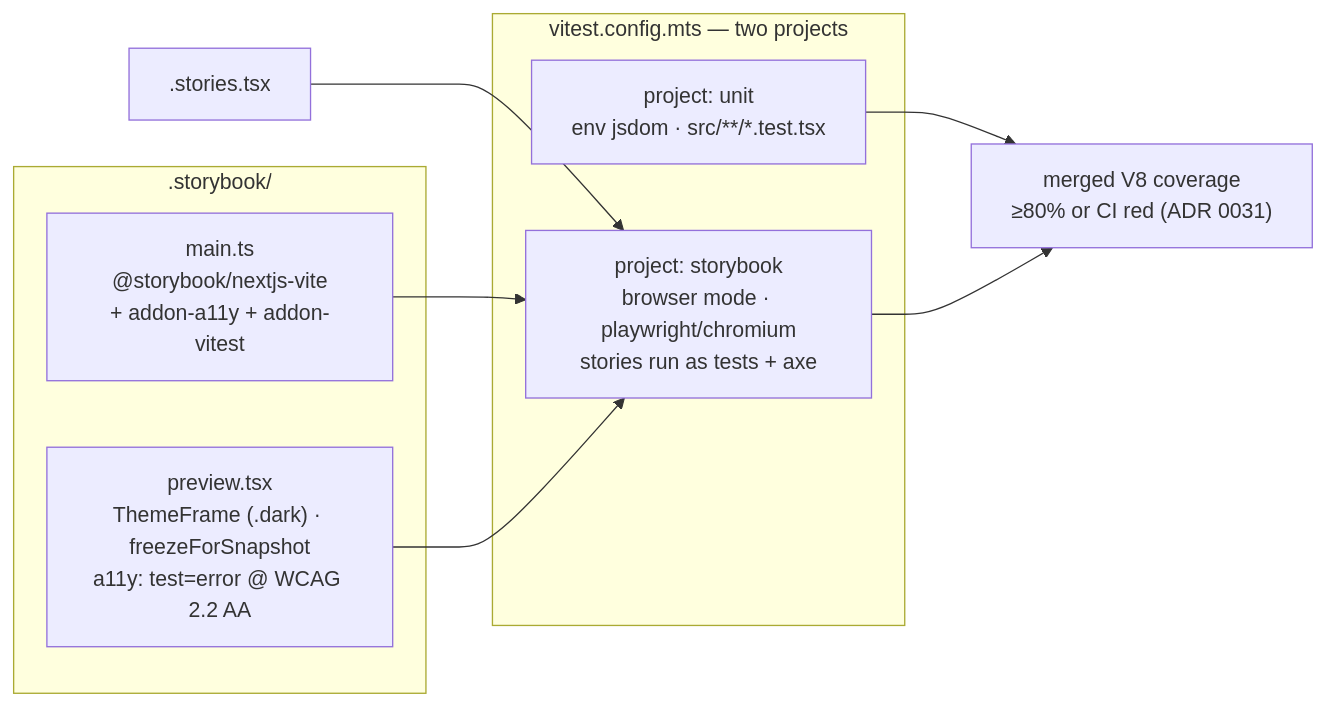
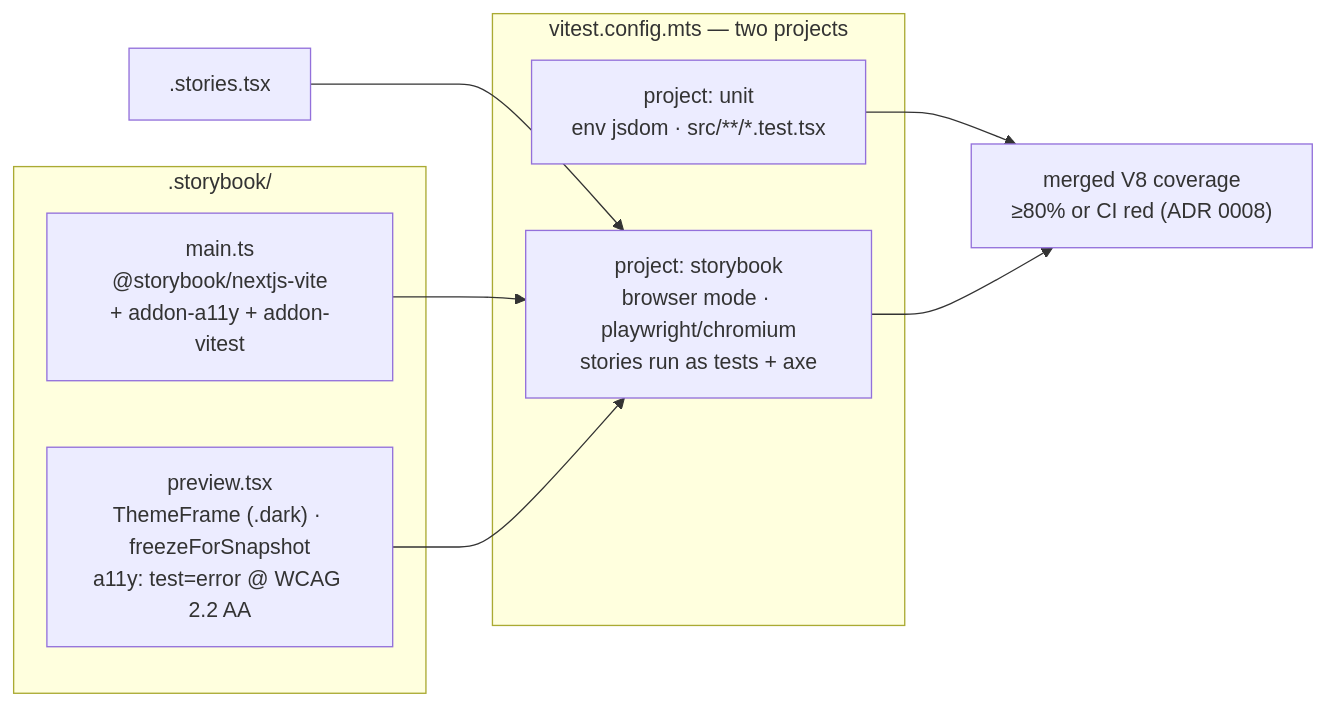
One commit to real-case/claude-code-nextjs-starter changed the second of 6 diagrams in STORYBOOK-GUARDRAILS.md. Above: the diagram before and after it, drawn with Mermaid. The commit also changed other lines of this file and 203 other files, not shown here.

````diff
--- a/STORYBOOK-GUARDRAILS.md
+++ b/STORYBOOK-GUARDRAILS.md
@@ -63,16 +63,16 @@
 ```mermaid
 flowchart LR
     subgraph sb[".storybook/"]
         main["main.ts\n@storybook/nextjs-vite\n+ addon-a11y + addon-vitest"]
         preview["preview.tsx\nThemeFrame (.dark) · freezeForSnapshot\na11y: test=error @ WCAG 2.2 AA"]
     end
     subgraph vitest["vitest.config.mts — two projects"]
         unit["project: unit\nenv jsdom · src/**/*.test.tsx"]
         story["project: storybook\nbrowser mode · playwright/chromium\nstories run as tests + axe"]
     end
     stories["<id>.stories.tsx"] --> story
     main --> story
     preview --> story
-    unit --> cov["merged V8 coverage\n≥80% or CI red (ADR 0031)"]
+    unit --> cov["merged V8 coverage\n≥80% or CI red (ADR 0008)"]
     story --> cov
 ```
````
